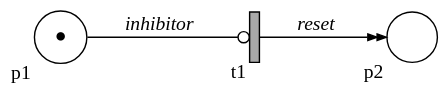
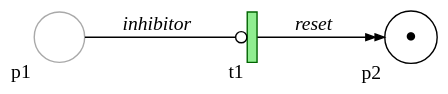
One commit to johnstonskj/rust-ptnets changed diagram 11 of 28 in doc/index.org. Above: the diagram before and after it, drawn with Graphviz. The commit also changed other lines of this file and 26 other files, not shown here.

```diff
--- a/doc/index.org
+++ b/doc/index.org
@@ -422,20 +640,20 @@
 #+BEGIN_SRC dot :file ptnet-graph-inhibited.svg :exports results
 strict digraph {
     bgcolor="transparent";
     fontname="Helvetica Neue,Helvetica,Arial,sans-serif";
     nodesep=0.75;
     rankdir=LR;
     ranksep=0.75;
 
     // All place nodes.
-    p1 [shape="circle"; label="●"; xlabel="p1"];
-    p2 [shape="circle"; label=""; xlabel="p2"];
+    p1 [shape="circle"; color="darkgrey"; label=""; xlabel="p1"];
+    p2 [shape="circle"; label="●"; xlabel="p2"];
 
     // All transition nodes.
-    t1 [shape="rectangle"; style="filled"; fillcolor="darkgrey"; height=0.5; width=0.1; label=""; xlabel="t1"];
+    t1 [shape="rectangle"; style="filled"; color="darkgreen"; fillcolor="lightgreen"; height=0.5; width=0.1; label=""; xlabel="t1"];
 
     // All arcs.
     p1 -> t1 [arrowhead="odot"; label=<<I>inhibitor</I>>];
     t1 -> p2 [arrowhead="normalnormal"; arrowsize=0.66; label=<<I>reset</I>>];
 }
 #+END_SRC
```
